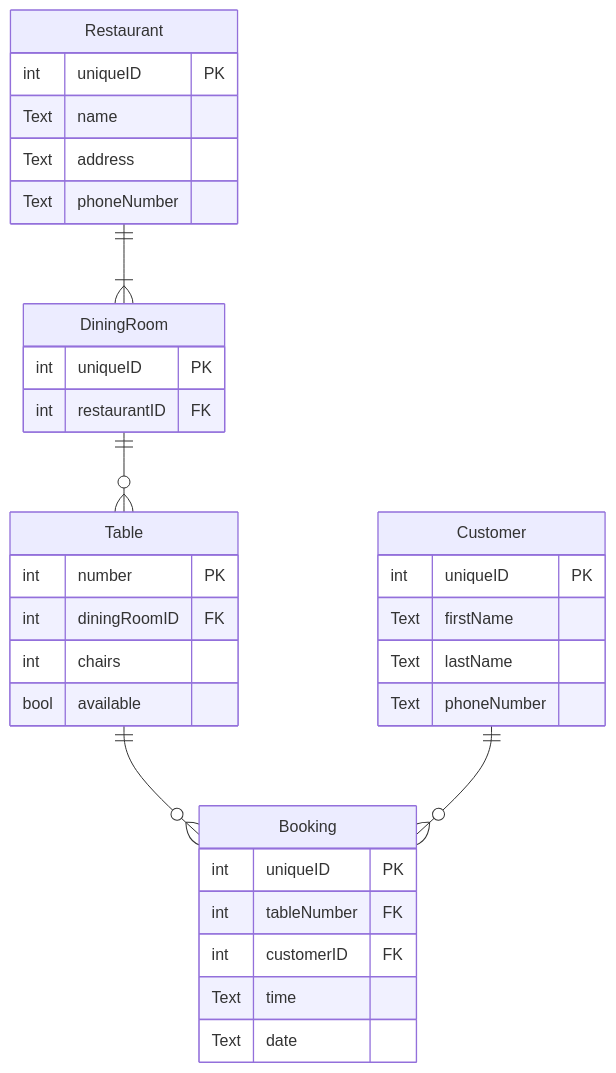
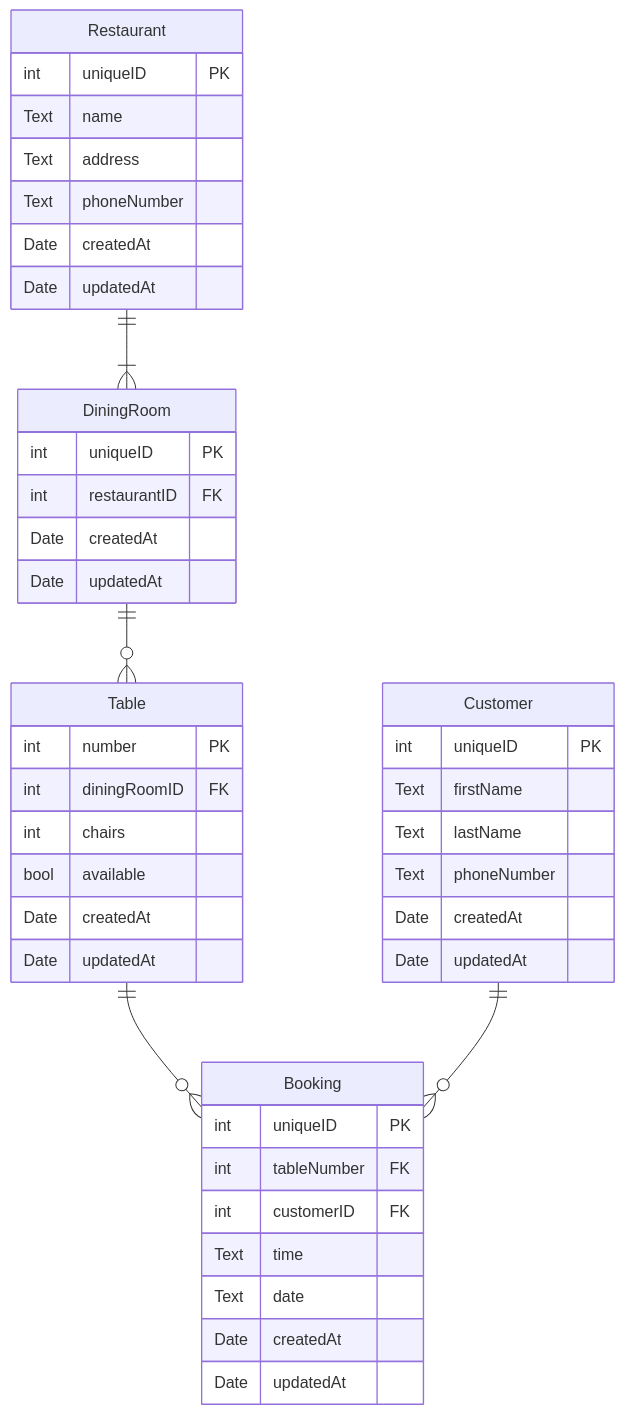
Before and after one commit to boolean-uk/java-data-modelling: the diagram in restaurant-er-diagram.md, drawn with Mermaid. The commit also changed 3 other files, not shown here.

`````diff
--- a/restaurant-er-diagram.md
+++ b/restaurant-er-diagram.md
@@ -1,37 +1,47 @@
 ````mermaid
 erDiagram
     Restaurant {
         int uniqueID PK
         Text name
         Text address
         Text phoneNumber
+        Date createdAt
+        Date updatedAt
     }
     DiningRoom  {
         int uniqueID PK
         int restaurantID FK
+        Date createdAt
+        Date updatedAt
     }
     Booking{
         int uniqueID PK
         int tableNumber FK
         int customerID FK
         Text time
         Text date
+        Date createdAt
+        Date updatedAt
     }
     Table{
         int number PK
         int diningRoomID FK
         int chairs
         bool available
+        Date createdAt
+        Date updatedAt
     }
     Customer{
         int uniqueID PK
         Text firstName
         Text lastName
         Text phoneNumber
+        Date createdAt
+        Date updatedAt
     }
     
     Restaurant ||--|{ DiningRoom : ""
     DiningRoom ||--o{ Table : ""
     Table ||--o{ Booking : ""
     Customer ||--o{ Booking : ""
 ````
`````
